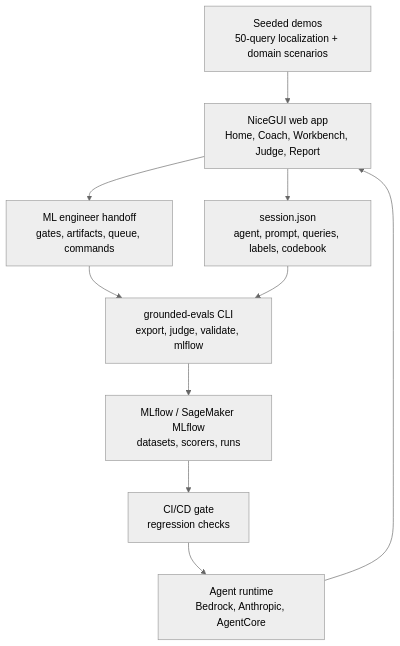
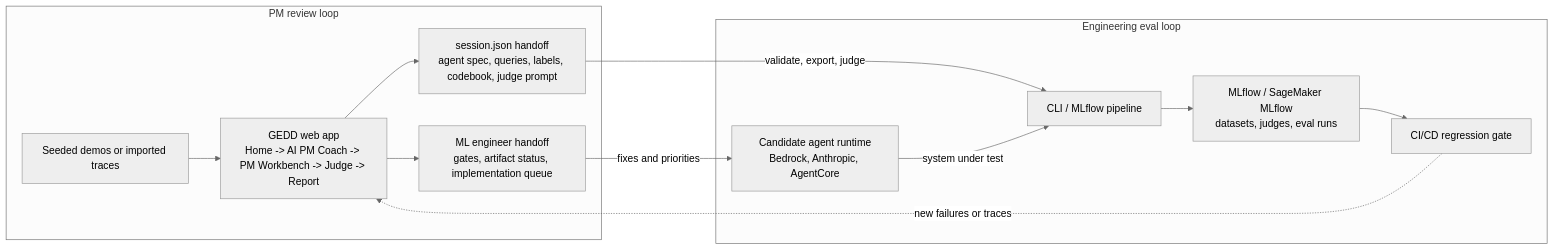
Before and after one commit to aws-samples/sample-GEDD: the diagram in README.md, drawn with Mermaid (neutral theme).

Commit message:
Fix README architecture diagram

````diff
--- a/README.md
+++ b/README.md
@@ -155,21 +155,18 @@
 ```mermaid
-flowchart TD
-    WEB["NiceGUI web app<br/>Home, Coach, Workbench, Judge, Report"]
-    DEMO["Seeded demos<br/>50-query localization + domain scenarios"]
-    SESSION["session.json<br/>agent, prompt, queries, labels, codebook"]
-    REPORT["ML engineer handoff<br/>gates, artifacts, queue, commands"]
-    CLI["grounded-evals CLI<br/>export, judge, validate, mlflow"]
-    MLFLOW["MLflow / SageMaker MLflow<br/>datasets, scorers, runs"]
-    CI["CI/CD gate<br/>regression checks"]
-    RUNTIME["Agent runtime<br/>Bedrock, Anthropic, AgentCore"]
+flowchart LR
+    subgraph REVIEW["PM review loop"]
+        INPUT["Seeded demos or imported traces"] --> WEB["GEDD web app<br/>Home -> AI PM Coach -> PM Workbench -> Judge -> Report"]
+        WEB --> SESSION["session.json handoff<br/>agent spec, queries, labels, codebook, judge prompt"]
+        WEB --> HANDOFF["ML engineer handoff<br/>gates, artifact status, implementation queue"]
+    end
 
-    DEMO --> WEB
-    WEB --> SESSION
-    WEB --> REPORT
-    REPORT --> CLI
-    SESSION --> CLI
-    CLI --> MLFLOW
-    MLFLOW --> CI
-    CI --> RUNTIME
-    RUNTIME --> WEB
+    subgraph ENGINEERING["Engineering eval loop"]
+        SESSION -->|validate, export, judge| PIPELINE["CLI / MLflow pipeline"]
+        HANDOFF -->|fixes and priorities| RUNTIME["Candidate agent runtime<br/>Bedrock, Anthropic, AgentCore"]
+        RUNTIME -->|system under test| PIPELINE
+        PIPELINE --> MLFLOW["MLflow / SageMaker MLflow<br/>datasets, judges, eval runs"]
+        MLFLOW --> CI["CI/CD regression gate"]
+    end
+
+    CI -. new failures or traces .-> WEB
 ```
````
